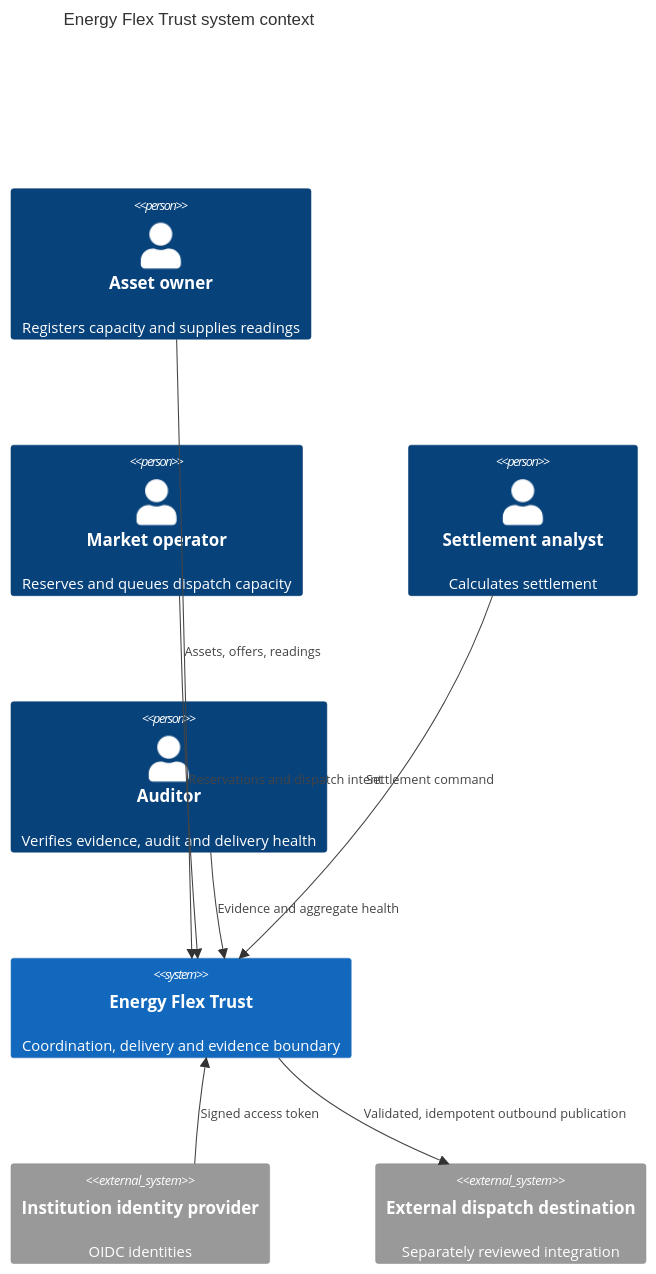
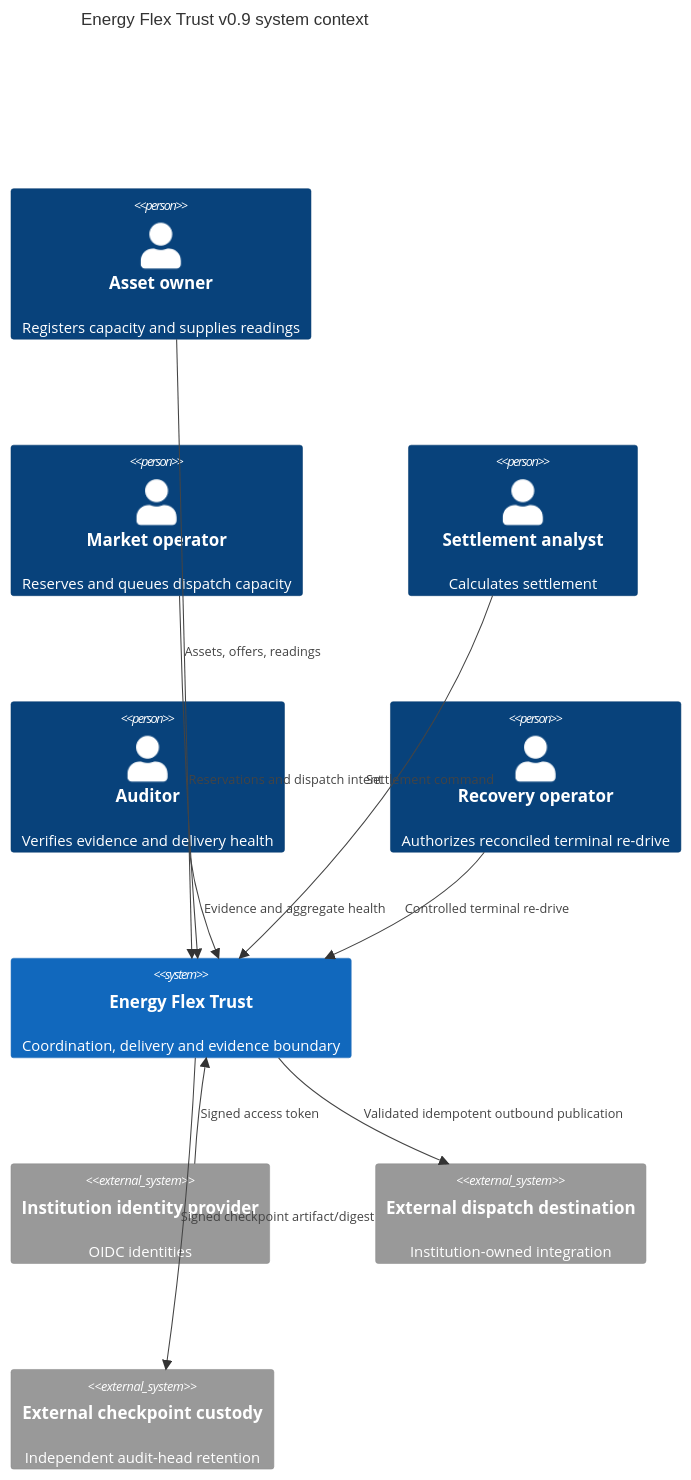
Before and after one commit to bilgekayali/energy-flex-trust-platform: the first of 2 diagrams in docs/ARCHITECTURE.md, drawn with Mermaid. The commit also changed other lines of this file and 37 other files, not shown here.

First line of the commit message:
feat: Energy Flex Trust v0.9 release-candidate hardening

````diff
--- a/docs/ARCHITECTURE.md
+++ b/docs/ARCHITECTURE.md
@@ -15,18 +14,22 @@
 ```mermaid
 C4Context
-    title Energy Flex Trust system context
+    title Energy Flex Trust v0.9 system context
     Person(owner, "Asset owner", "Registers capacity and supplies readings")
     Person(operator, "Market operator", "Reserves and queues dispatch capacity")
     Person(analyst, "Settlement analyst", "Calculates settlement")
-    Person(auditor, "Auditor", "Verifies evidence, audit and delivery health")
+    Person(auditor, "Auditor", "Verifies evidence and delivery health")
+    Person(recovery, "Recovery operator", "Authorizes reconciled terminal re-drive")
     System(platform, "Energy Flex Trust", "Coordination, delivery and evidence boundary")
     System_Ext(identity, "Institution identity provider", "OIDC identities")
-    System_Ext(dispatch, "External dispatch destination", "Separately reviewed integration")
+    System_Ext(dispatch, "External dispatch destination", "Institution-owned integration")
+    System_Ext(custody, "External checkpoint custody", "Independent audit-head retention")
 
     Rel(owner, platform, "Assets, offers, readings")
     Rel(operator, platform, "Reservations and dispatch intent")
     Rel(analyst, platform, "Settlement command")
     Rel(auditor, platform, "Evidence and aggregate health")
+    Rel(recovery, platform, "Controlled terminal re-drive")
     Rel(identity, platform, "Signed access token")
-    Rel(platform, dispatch, "Validated, idempotent outbound publication")
+    Rel(platform, dispatch, "Validated idempotent outbound publication")
+    Rel(platform, custody, "Signed checkpoint artifact/digest")
 ```
````
